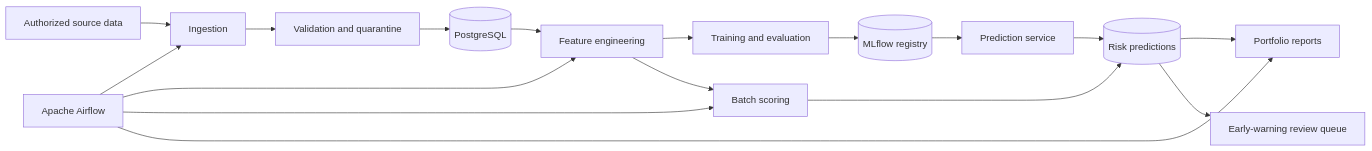
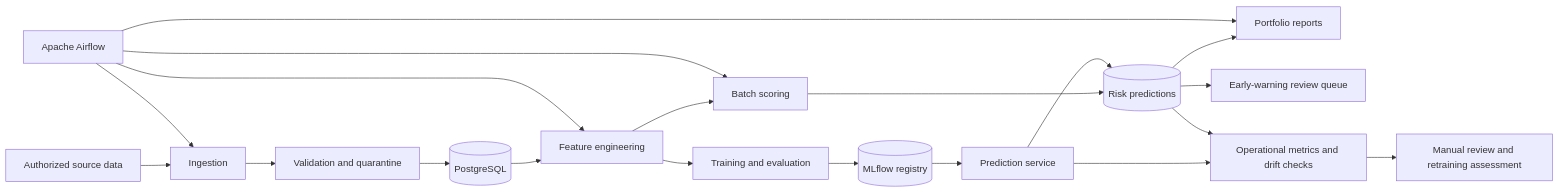
The diagram in docs/architecture.md (yeshwanth-ux/Banking-Credit-Risk-Prediction-and-Early-Warning-System), drawn with Mermaid before and after one commit. The commit also changed other lines of this file and 6 other files, not shown here.

````diff
--- a/docs/architecture.md
+++ b/docs/architecture.md
@@ -12,19 +12,22 @@
 ```mermaid
 flowchart LR
     A[Authorized source data] --> B[Ingestion]
     B --> C[Validation and quarantine]
     C --> D[(PostgreSQL)]
     D --> E[Feature engineering]
     E --> F[Training and evaluation]
     F --> G[(MLflow registry)]
     G --> H[Prediction service]
     E --> I[Batch scoring]
     I --> J[(Risk predictions)]
     H --> J
     J --> K[Portfolio reports]
     J --> L[Early-warning review queue]
+    H --> N[Operational metrics and drift checks]
+    J --> N
+    N --> O[Manual review and retraining assessment]
     M[Apache Airflow] --> B
     M --> E
     M --> I
     M --> K
 ```
````
